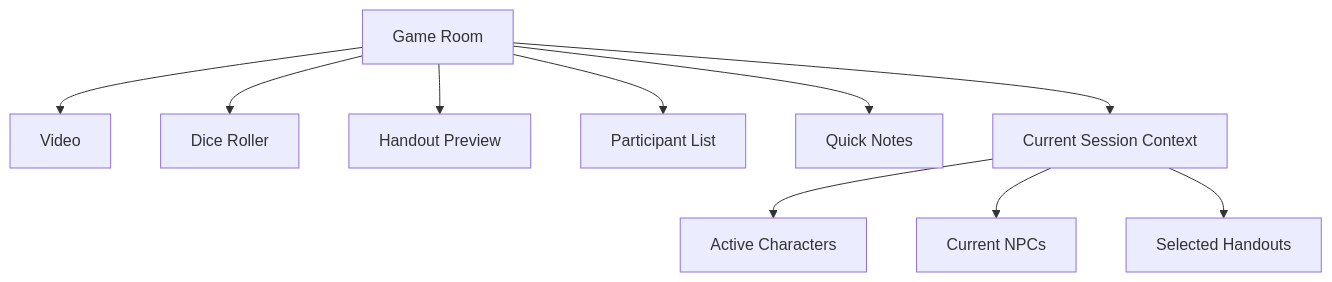
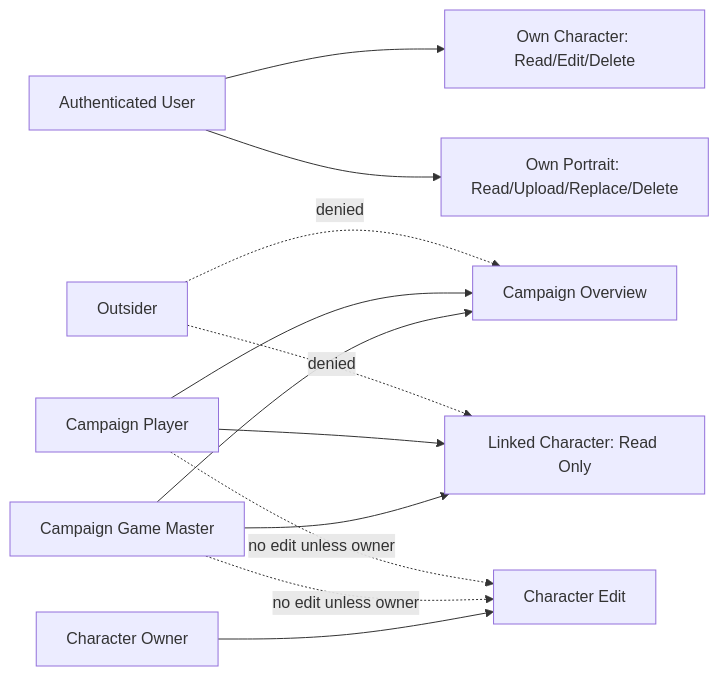
One commit to Andrey-0101/ttrpg-website changed the third of 6 diagrams in docs/product/SITE_MAP.md. Above: the diagram before and after it, drawn with Mermaid. The commit also changed other lines of this file and 19 other files, not shown here.

````diff
--- a/docs/product/SITE_MAP.md
+++ b/docs/product/SITE_MAP.md
@@ -277,15 +79,23 @@
 ```mermaid
-flowchart TD
-    GAME_ROOM["Game Room"]
+flowchart LR
+    USER["Authenticated User"]
 
-    GAME_ROOM --> VIDEO["Video"]
-    GAME_ROOM --> DICE["Dice Roller"]
-    GAME_ROOM --> HANDOUT_PREVIEW["Handout Preview"]
-    GAME_ROOM --> PARTICIPANTS["Participant List"]
-    GAME_ROOM --> QUICK_NOTES["Quick Notes"]
-    GAME_ROOM --> CURRENT_CONTEXT["Current Session Context"]
+    USER --> OWN_CHARACTER["Own Character: Read/Edit/Delete"]
+    USER --> PRIVATE_PORTRAIT["Own Portrait: Read/Upload/Replace/Delete"]
 
-    CURRENT_CONTEXT --> CURRENT_CHARACTERS["Active Characters"]
-    CURRENT_CONTEXT --> CURRENT_NPCS["Current NPCs"]
-    CURRENT_CONTEXT --> CURRENT_HANDOUTS["Selected Handouts"]
+    GM["Campaign Game Master"]
+    PLAYER["Campaign Player"]
+    OUTSIDER["Outsider"]
+
+    GM --> CAMPAIGN["Campaign Overview"]
+    PLAYER --> CAMPAIGN
+    OUTSIDER -. denied .-> CAMPAIGN
+
+    GM --> SHARED["Linked Character: Read Only"]
+    PLAYER --> SHARED
+    OUTSIDER -. denied .-> SHARED
+
+    OWNER["Character Owner"] --> EDIT["Character Edit"]
+    GM -. no edit unless owner .-> EDIT
+    PLAYER -. no edit unless owner .-> EDIT
 ```
````
